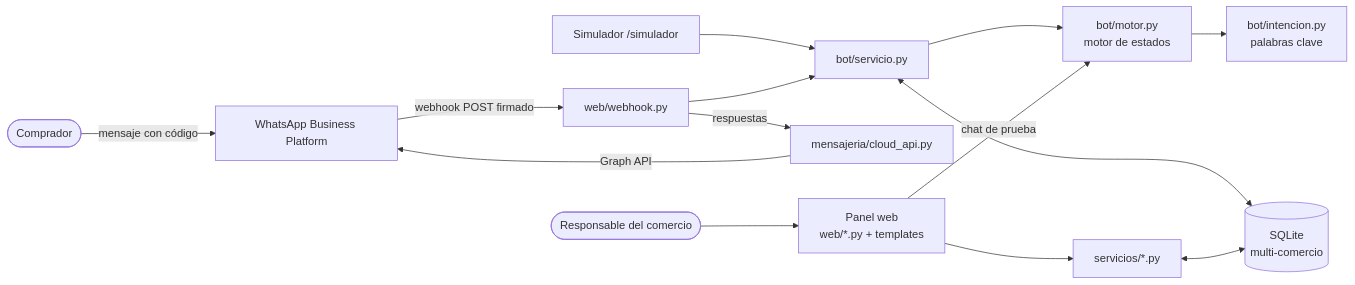
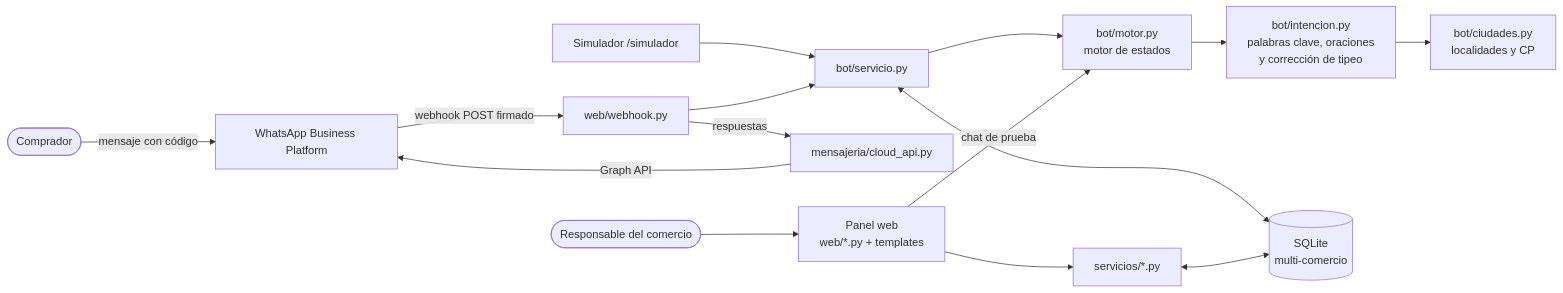
One commit to quitohooded/plataforma-atencion-whatsapp changed the first of 3 diagrams in docs/arquitectura.md. Above: the diagram before and after it, drawn with Mermaid. The commit also changed other lines of this file and 64 other files, not shown here.

````diff
--- a/docs/arquitectura.md
+++ b/docs/arquitectura.md
@@ -8,15 +8,16 @@
 ```mermaid
 flowchart LR
     C([Comprador]) -->|mensaje con código| WA[WhatsApp Business Platform]
     WA -->|webhook POST firmado| WH[web/webhook.py]
     SIM[Simulador /simulador] --> SB
     WH --> SB[bot/servicio.py]
     SB --> MO[bot/motor.py<br/>motor de estados]
-    MO --> IN[bot/intencion.py<br/>palabras clave]
+    MO --> IN[bot/intencion.py<br/>palabras clave, oraciones<br/>y corrección de tipeo]
+    IN --> LO[bot/ciudades.py<br/>localidades y CP]
     SB <--> DB[(SQLite<br/>multi-comercio)]
     WH -->|respuestas| API[mensajeria/cloud_api.py] -->|Graph API| WA
     R([Responsable del comercio]) --> PW[Panel web<br/>web/*.py + templates]
     PW --> SV[servicios/*.py]
     SV <--> DB
     PW -->|chat de prueba| MO
 ```
````
